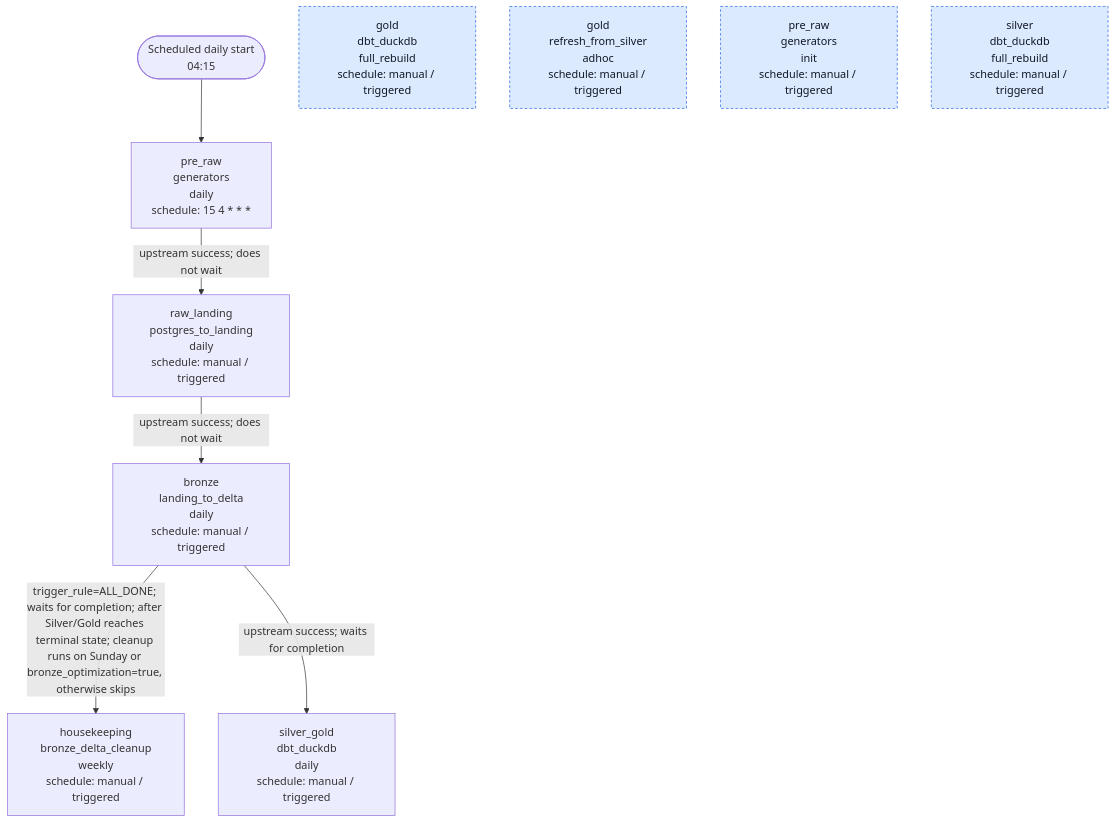
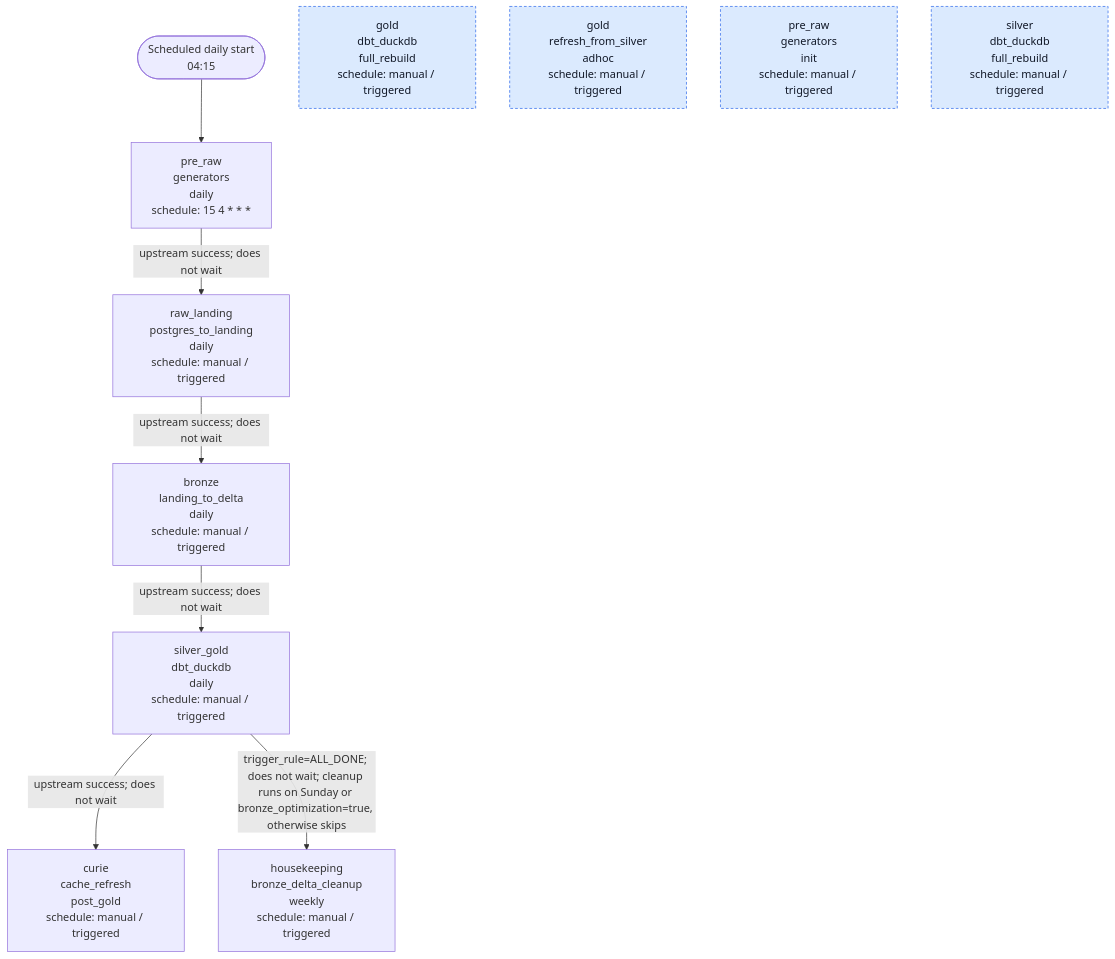
Before and after one commit to AntonMiniazev/ampere_project: the third of 3 diagrams in docs/README.md, drawn with Mermaid. The commit also changed other lines of this file and 6 other files, not shown here.

````diff
--- a/docs/README.md
+++ b/docs/README.md
@@ -75,25 +75,27 @@
 ```mermaid
 flowchart TD
     START(["Scheduled daily start<br/>04:15"])
     D_AMPERE__BRONZE__LANDING_TO_DELTA__DAILY["bronze<br/>landing_to_delta<br/>daily<br/>schedule: manual / triggered"]
+    D_AMPERE__CURIE__CACHE_REFRESH__POST_GOLD["curie<br/>cache_refresh<br/>post_gold<br/>schedule: manual / triggered"]
     D_AMPERE__GOLD__DBT_DUCKDB__FULL_REBUILD["gold<br/>dbt_duckdb<br/>full_rebuild<br/>schedule: manual / triggered"]
     D_AMPERE__GOLD__REFRESH_FROM_SILVER__ADHOC["gold<br/>refresh_from_silver<br/>adhoc<br/>schedule: manual / triggered"]
     D_AMPERE__HOUSEKEEPING__BRONZE_DELTA_CLEANUP__WEEKLY["housekeeping<br/>bronze_delta_cleanup<br/>weekly<br/>schedule: manual / triggered"]
     D_AMPERE__PRE_RAW__GENERATORS__DAILY["pre_raw<br/>generators<br/>daily<br/>schedule: 15 4 * * *"]
     D_AMPERE__PRE_RAW__GENERATORS__INIT["pre_raw<br/>generators<br/>init<br/>schedule: manual / triggered"]
     D_AMPERE__RAW_LANDING__POSTGRES_TO_LANDING__DAILY["raw_landing<br/>postgres_to_landing<br/>daily<br/>schedule: manual / triggered"]
     D_AMPERE__SILVER__DBT_DUCKDB__FULL_REBUILD["silver<br/>dbt_duckdb<br/>full_rebuild<br/>schedule: manual / triggered"]
     D_AMPERE__SILVER_GOLD__DBT_DUCKDB__DAILY["silver_gold<br/>dbt_duckdb<br/>daily<br/>schedule: manual / triggered"]
 
     START --> D_AMPERE__PRE_RAW__GENERATORS__DAILY
-    D_AMPERE__BRONZE__LANDING_TO_DELTA__DAILY -->|"trigger_rule=ALL_DONE; waits for completion; after Silver/Gold reaches terminal state; cleanup runs on Sunday or bronze_optimization=true, otherwise skips"| D_AMPERE__HOUSEKEEPING__BRONZE_DELTA_CLEANUP__WEEKLY
-    D_AMPERE__BRONZE__LANDING_TO_DELTA__DAILY -->|"upstream success; waits for completion"| D_AMPERE__SILVER_GOLD__DBT_DUCKDB__DAILY
+    D_AMPERE__BRONZE__LANDING_TO_DELTA__DAILY -->|"upstream success; does not wait"| D_AMPERE__SILVER_GOLD__DBT_DUCKDB__DAILY
     D_AMPERE__PRE_RAW__GENERATORS__DAILY -->|"upstream success; does not wait"| D_AMPERE__RAW_LANDING__POSTGRES_TO_LANDING__DAILY
     D_AMPERE__RAW_LANDING__POSTGRES_TO_LANDING__DAILY -->|"upstream success; does not wait"| D_AMPERE__BRONZE__LANDING_TO_DELTA__DAILY
+    D_AMPERE__SILVER_GOLD__DBT_DUCKDB__DAILY -->|"upstream success; does not wait"| D_AMPERE__CURIE__CACHE_REFRESH__POST_GOLD
+    D_AMPERE__SILVER_GOLD__DBT_DUCKDB__DAILY -->|"trigger_rule=ALL_DONE; does not wait; cleanup runs on Sunday or bronze_optimization=true, otherwise skips"| D_AMPERE__HOUSEKEEPING__BRONZE_DELTA_CLEANUP__WEEKLY
 
     D_AMPERE__PRE_RAW__GENERATORS__INIT:::manual
     D_AMPERE__SILVER__DBT_DUCKDB__FULL_REBUILD:::manual
     D_AMPERE__GOLD__DBT_DUCKDB__FULL_REBUILD:::manual
     D_AMPERE__GOLD__REFRESH_FROM_SILVER__ADHOC:::manual
     classDef manual fill:#dbeafe,stroke:#2563eb,color:#111827,stroke-dasharray: 4 3
 ```
````
